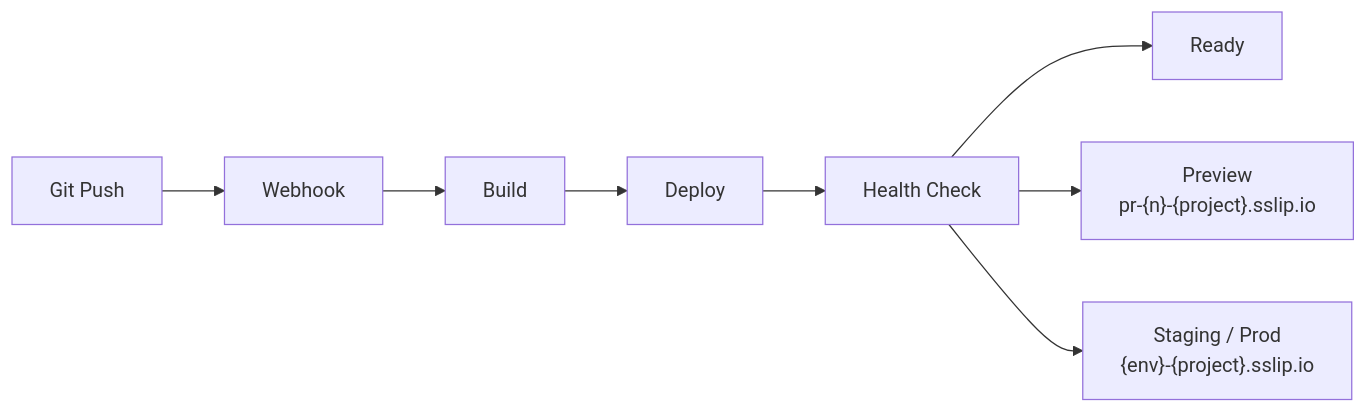
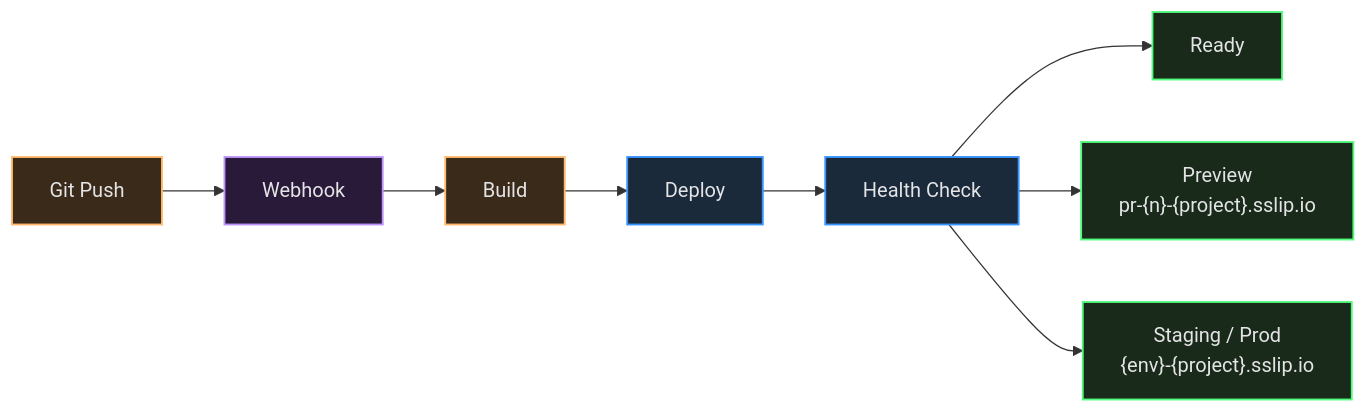
Before and after one commit to Mpratyush54/caps-platform: the first of 2 diagrams in docs/getting-started/deploy-your-app.md, drawn with Mermaid. The commit also changed 7 other files, not shown here.

Commit message:
docs: design overhaul — semantic colors, terminal-frame code blocks, monospace API badges, mermaid classDef colors, responsive diagram sizing

````diff
--- a/docs/getting-started/deploy-your-app.md
+++ b/docs/getting-started/deploy-your-app.md
@@ -7,19 +7,25 @@
 ```mermaid
 graph LR
-    Git["Git Push"]
-    Webhook["Webhook"]
-    Build["Build"]
-    Deploy["Deploy"]
-    Health["Health Check"]
-    Ready["Ready"]
-    Preview["Preview<br/>pr-{n}-{project}.sslip.io"]
-    Staging["Staging / Prod<br/>{env}-{project}.sslip.io"]
+
+    classDef action fill:#3a2a1a,stroke:#ffb86c,stroke-width:1.5px,color:#e4e4e7;
+    classDef external fill:#2a1a3a,stroke:#bd93f9,stroke-width:1.5px,color:#e4e4e7;
+    classDef platform fill:#1a2a3a,stroke:#3794ff,stroke-width:1.5px,color:#e4e4e7;
+    classDef code fill:#1a2a1a,stroke:#50fa7b,stroke-width:1.5px,color:#e4e4e7;
+
+    Git["Git Push"]:::action
+    Webhook["Webhook"]:::external
+    Build["Build"]:::action
+    Deploy["Deploy"]:::platform
+    Health["Health Check"]:::platform
+    Ready["Ready"]:::code
+    Preview["Preview<br/>pr-{n}-{project}.sslip.io"]:::code
+    Staging["Staging / Prod<br/>{env}-{project}.sslip.io"]:::code
 
     Git --> Webhook
     Webhook --> Build
     Build --> Deploy
     Deploy --> Health
     Health --> Ready
     Health --> Preview
     Health --> Staging
 ```
````
